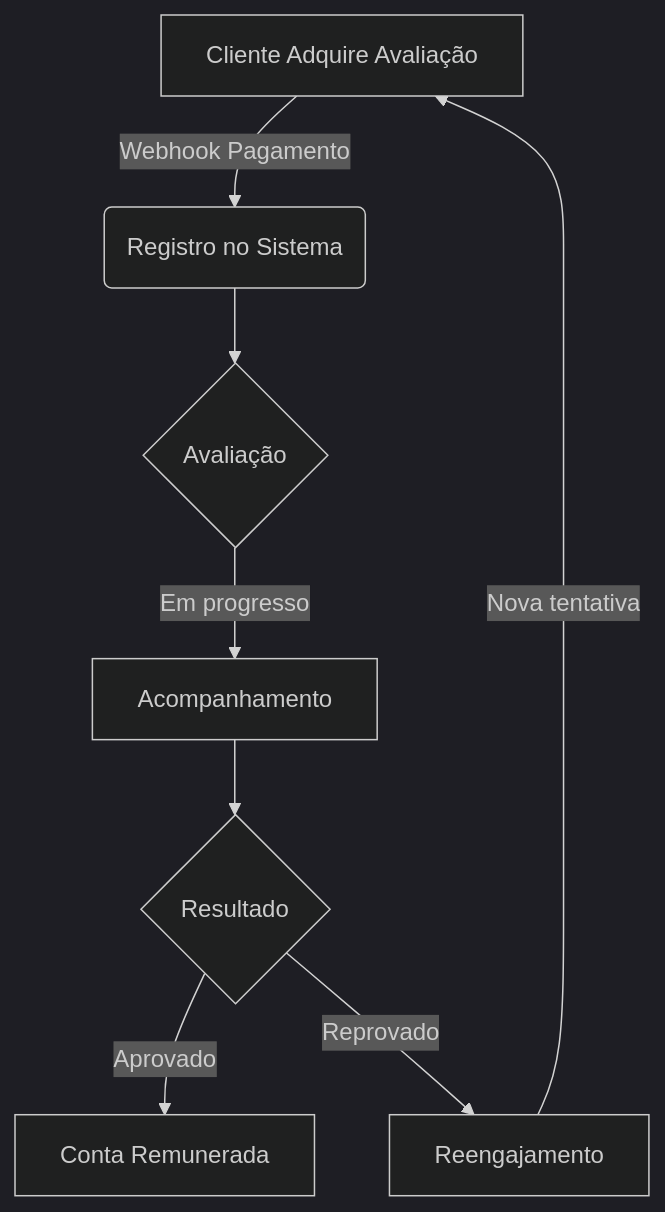
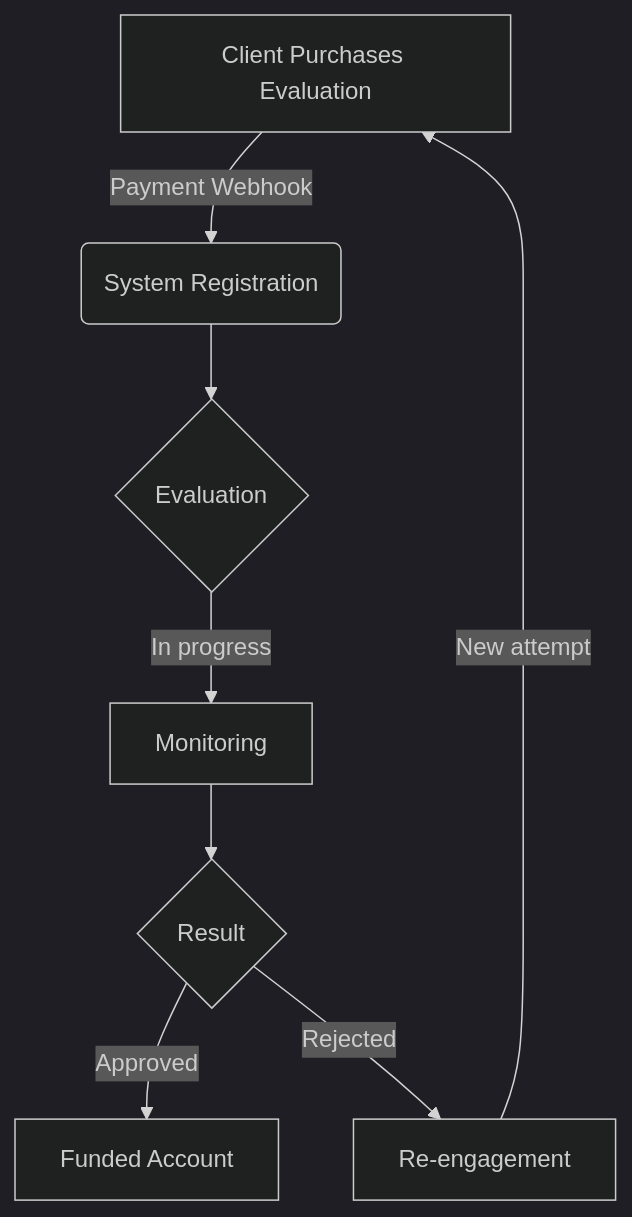
The diagram in README.md (danielmoura99/trader-evaluation), drawn with Mermaid (dark theme) before and after one commit. The commit also changed other lines of this file, not shown here.

````diff
--- a/README.md
+++ b/README.md
@@ -41,10 +41,10 @@
 ```mermaid
 graph TD
-    A[Cliente Adquire Avaliação] -->|Webhook Pagamento| B(Registro no Sistema)
-    B --> C{Avaliação}
-    C -->|Em progresso| D[Acompanhamento]
-    D --> E{Resultado}
-    E -->|Aprovado| F[Conta Remunerada]
-    E -->|Reprovado| G[Reengajamento]
-    G -->|Nova tentativa| A
+    A[Client Purchases Evaluation] -->|Payment Webhook| B(System Registration)
+    B --> C{Evaluation}
+    C -->|In progress| D[Monitoring]
+    D --> E{Result}
+    E -->|Approved| F[Funded Account]
+    E -->|Rejected| G[Re-engagement]
+    G -->|New attempt| A
 ```
````
